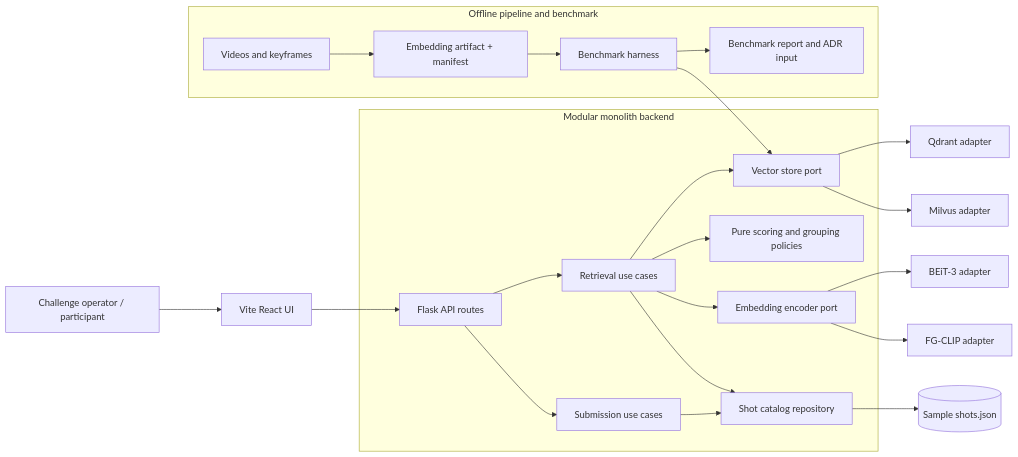
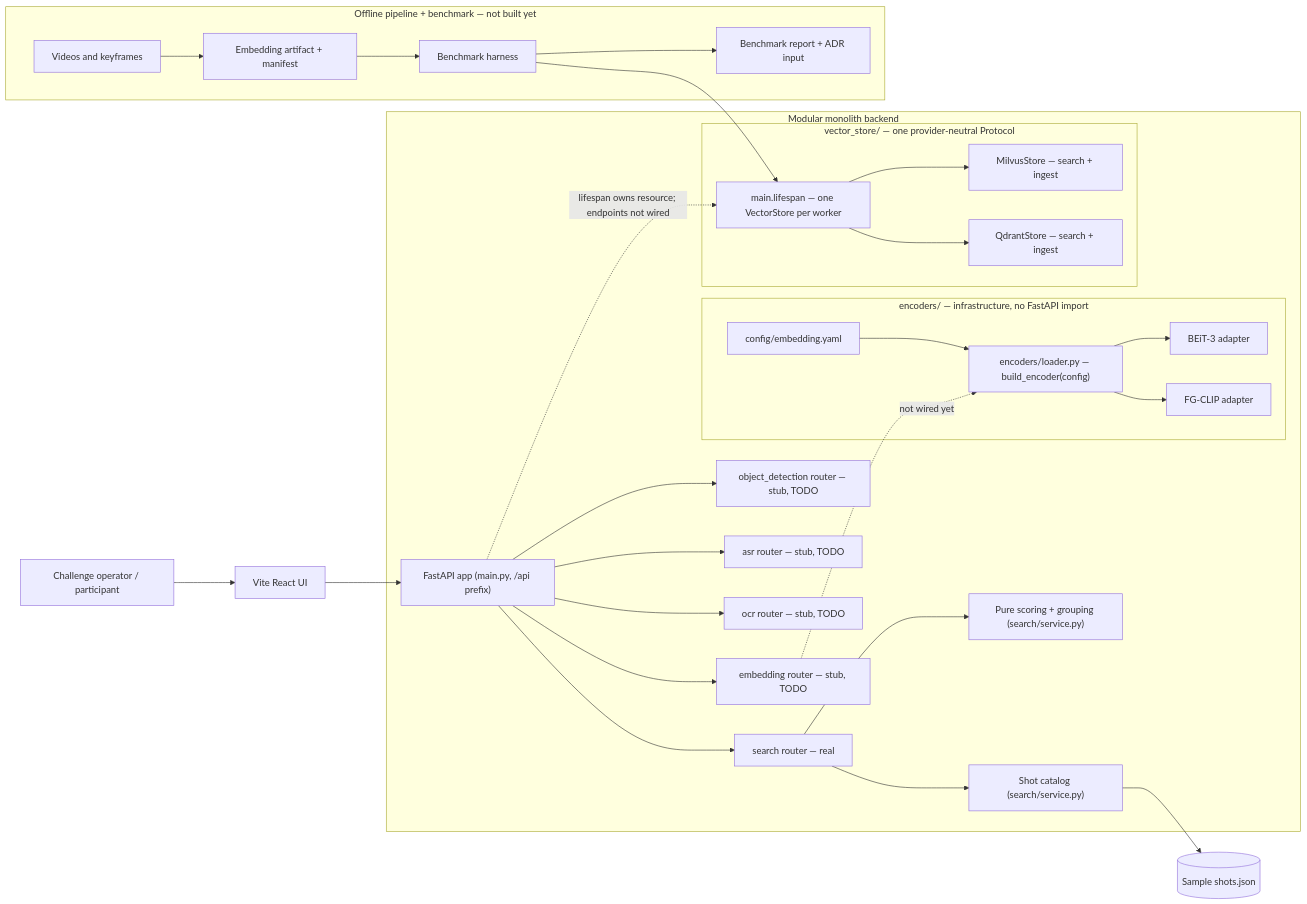
One commit to ToiLaKiet/BoldSearch changed the diagram in architecture/system-overview.mmd. Above: the diagram before and after it, drawn with Mermaid. The commit also changed 9 other files, not shown here.

Commit message:
docs(architecture): align vector store documentation

```diff
--- a/architecture/system-overview.mmd
+++ b/architecture/system-overview.mmd
@@ -1,26 +1,39 @@
 flowchart LR
-  User[Challenge operator / participant] --> UI[Vite React UI]
-  UI --> API[Flask API routes]
+  User["Challenge operator / participant"] --> UI["Vite React UI"]
+  UI --> API["FastAPI app (main.py, /api prefix)"]
 
-  subgraph Backend[Modular monolith backend]
-    API --> Retrieval[Retrieval use cases]
-    API --> Submission[Submission use cases]
-    Retrieval --> Catalog[Shot catalog repository]
-    Retrieval --> Scoring[Pure scoring and grouping policies]
-    Retrieval --> Encoder[Embedding encoder port]
-    Retrieval --> Store[Vector store port]
-    Submission --> Catalog
+  subgraph Backend["Modular monolith backend"]
+    API --> Search["search router — real"]
+    API --> Embedding["embedding router — stub, TODO"]
+    API --> OCR["ocr router — stub, TODO"]
+    API --> ASR["asr router — stub, TODO"]
+    API --> ObjDet["object_detection router — stub, TODO"]
+    API -. "lifespan owns resource; endpoints not wired" .-> Store
+
+    Search --> Catalog["Shot catalog (search/service.py)"]
+    Search --> Scoring["Pure scoring + grouping (search/service.py)"]
+
+    Embedding -. "not wired yet" .-> EncoderLoader
+
+    subgraph EncInfra["encoders/ — infrastructure, no FastAPI import"]
+      EncoderLoader["encoders/loader.py — build_encoder(config)"]
+      EncoderLoader --> FGCLIP["FG-CLIP adapter"]
+      EncoderLoader --> BEIT3["BEiT-3 adapter"]
+      EmbeddingYAML["config/embedding.yaml"] --> EncoderLoader
+    end
+
+    subgraph VSInfra["vector_store/ — one provider-neutral Protocol"]
+      Store["main.lifespan — one VectorStore per worker"]
+      Store --> Qdrant["QdrantStore — search + ingest"]
+      Store --> Milvus["MilvusStore — search + ingest"]
+    end
   end
 
-  Catalog --> LocalJSON[(Sample shots.json)]
-  Encoder --> FGCLIP[FG-CLIP adapter]
-  Encoder --> BEIT3[BEiT-3 adapter]
-  Store --> Milvus[Milvus adapter]
-  Store --> Qdrant[Qdrant adapter]
+  Catalog --> LocalJSON[("Sample shots.json")]
 
-  subgraph Offline[Offline pipeline and benchmark]
-    Media[Videos and keyframes] --> Artifact[Embedding artifact + manifest]
-    Artifact --> Harness[Benchmark harness]
+  subgraph Offline["Offline pipeline + benchmark — not built yet"]
+    Media["Videos and keyframes"] --> Artifact["Embedding artifact + manifest"]
+    Artifact --> Harness["Benchmark harness"]
     Harness --> Store
-    Harness --> Report[Benchmark report and ADR input]
+    Harness --> Report["Benchmark report + ADR input"]
   end
```
